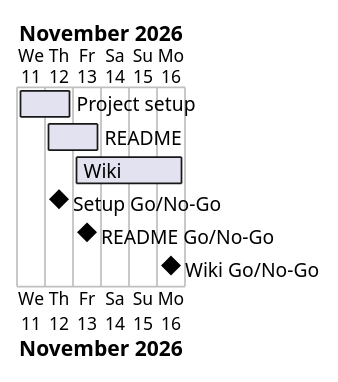
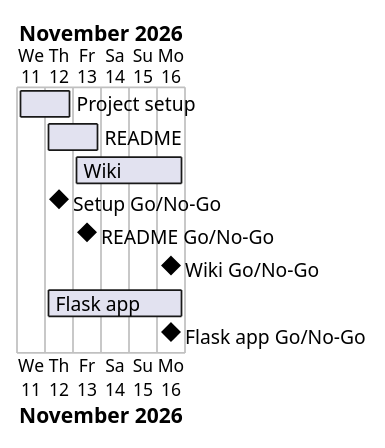
Before and after one commit to Tirsvad-Udemy-100-days-of-code/068-flask-auth: the diagram in docs/project-plan.md, drawn with PlantUML. The commit also changed other lines of this file and 24 other files, not shown here.

First line of the commit message:
MIL-004: plan and build the Flask authentication app

````diff
--- a/docs/project-plan.md
+++ b/docs/project-plan.md
@@ -36,11 +38,13 @@
 ```plantuml
 @startgantt
 Project starts 2026-11-11
 [Project setup] starts 2026-11-11 and ends 2026-11-12
 [README] starts 2026-11-12 and ends 2026-11-13
 [Wiki] starts 2026-11-13 and ends 2026-11-16
 [Setup Go/No-Go] happens 2026-11-12
 [README Go/No-Go] happens 2026-11-13
 [Wiki Go/No-Go] happens 2026-11-16
+[Flask app] starts 2026-11-12 and ends 2026-11-16
+[Flask app Go/No-Go] happens 2026-11-16
 @endgantt
 ```
````
